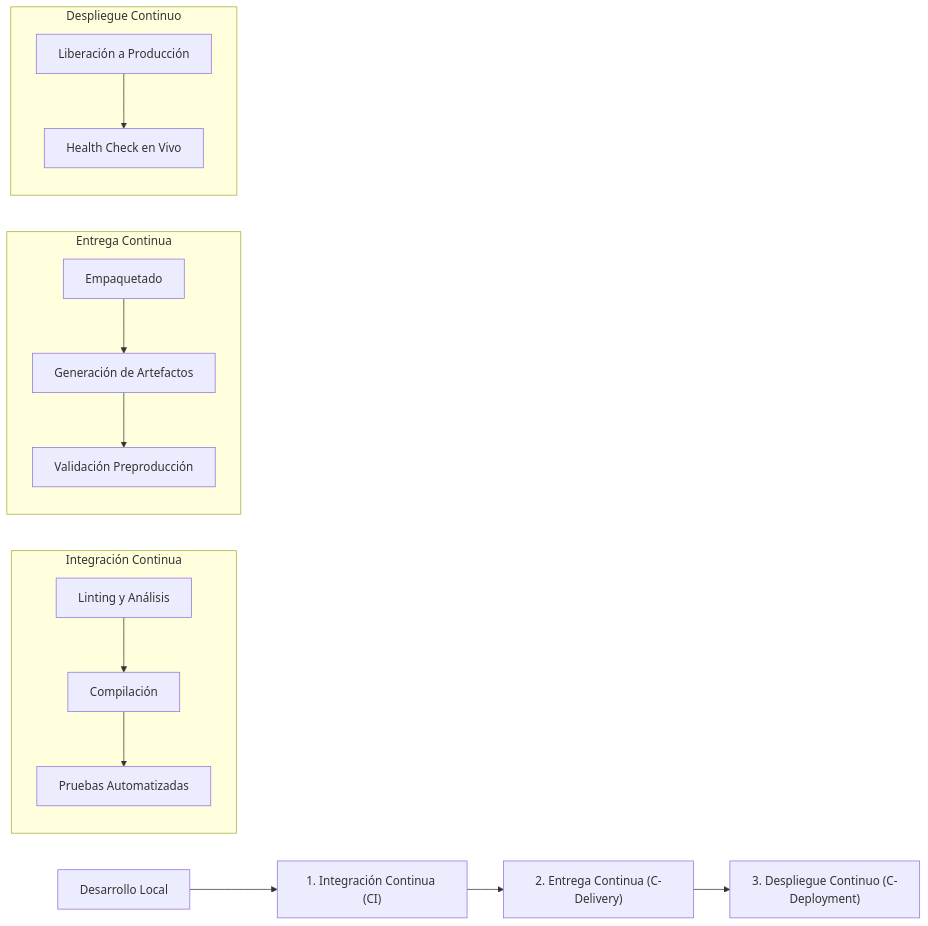
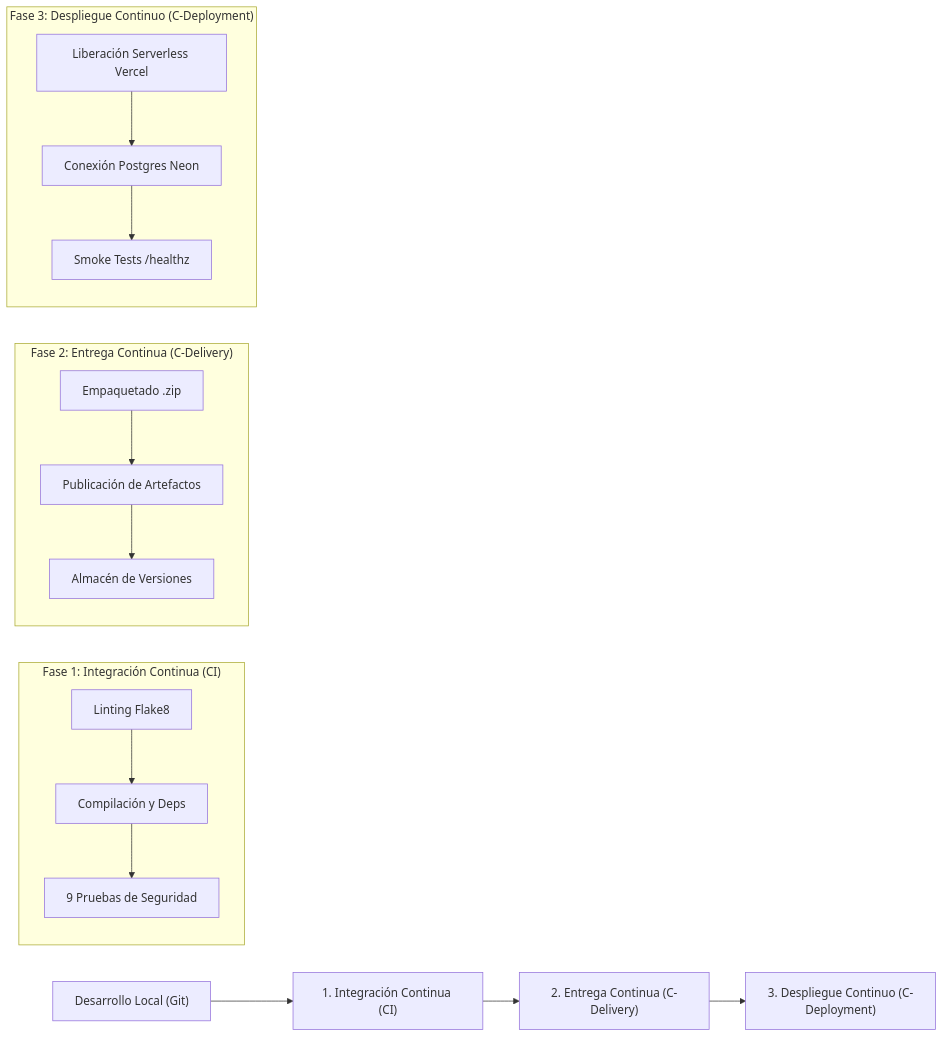
One commit to DEYA7276/samu-utgz changed the diagram in DOCUMENTO_ENTREGA_DEVOPS.md. Above: the diagram before and after it, drawn with Mermaid. The commit also changed other lines of this file, not shown here.

Commit message:
Finalize complete formal DevOps report in repository

````diff
--- a/DOCUMENTO_ENTREGA_DEVOPS.md
+++ b/DOCUMENTO_ENTREGA_DEVOPS.md
@@ -48,18 +47,18 @@
 ```mermaid
 flowchart LR
-    A["Desarrollo Local"] --> B["1. Integración Continua (CI)"]
-    B --> C["2. Entrega Continua (C-Delivery)"]
-    C --> D["3. Despliegue Continuo (C-Deployment)"]
-    
-    subgraph CI ["Integración Continua"]
-        B1["Linting y Análisis"] --> B2["Compilación"] --> B3["Pruebas Automatizadas"]
-    end
-    
-    subgraph CDelivery ["Entrega Continua"]
-        C1["Empaquetado"] --> C2["Generación de Artefactos"] --> C3["Validación Preproducción"]
+    Dev["Desarrollo Local (Git)"] --> CI["1. Integración Continua (CI)"]
+    CI --> CDelivery["2. Entrega Continua (C-Delivery)"]
+    CDelivery --> CDeploy["3. Despliegue Continuo (C-Deployment)"]
+
+    subgraph CI_Stage ["Fase 1: Integración Continua (CI)"]
+        CI1["Linting Flake8"] --> CI2["Compilación y Deps"] --> CI3["9 Pruebas de Seguridad"]
     end
 
-    subgraph CDeployment ["Despliegue Continuo"]
-        D1["Liberación a Producción"] --> D2["Health Check en Vivo"]
+    subgraph CDelivery_Stage ["Fase 2: Entrega Continua (C-Delivery)"]
+        CD1["Empaquetado .zip"] --> CD2["Publicación de Artefactos"] --> CD3["Almacén de Versiones"]
+    end
+
+    subgraph CDeploy_Stage ["Fase 3: Despliegue Continuo (C-Deployment)"]
+        DP1["Liberación Serverless Vercel"] --> DP2["Conexión Postgres Neon"] --> DP3["Smoke Tests /healthz"]
     end
 ```
````
